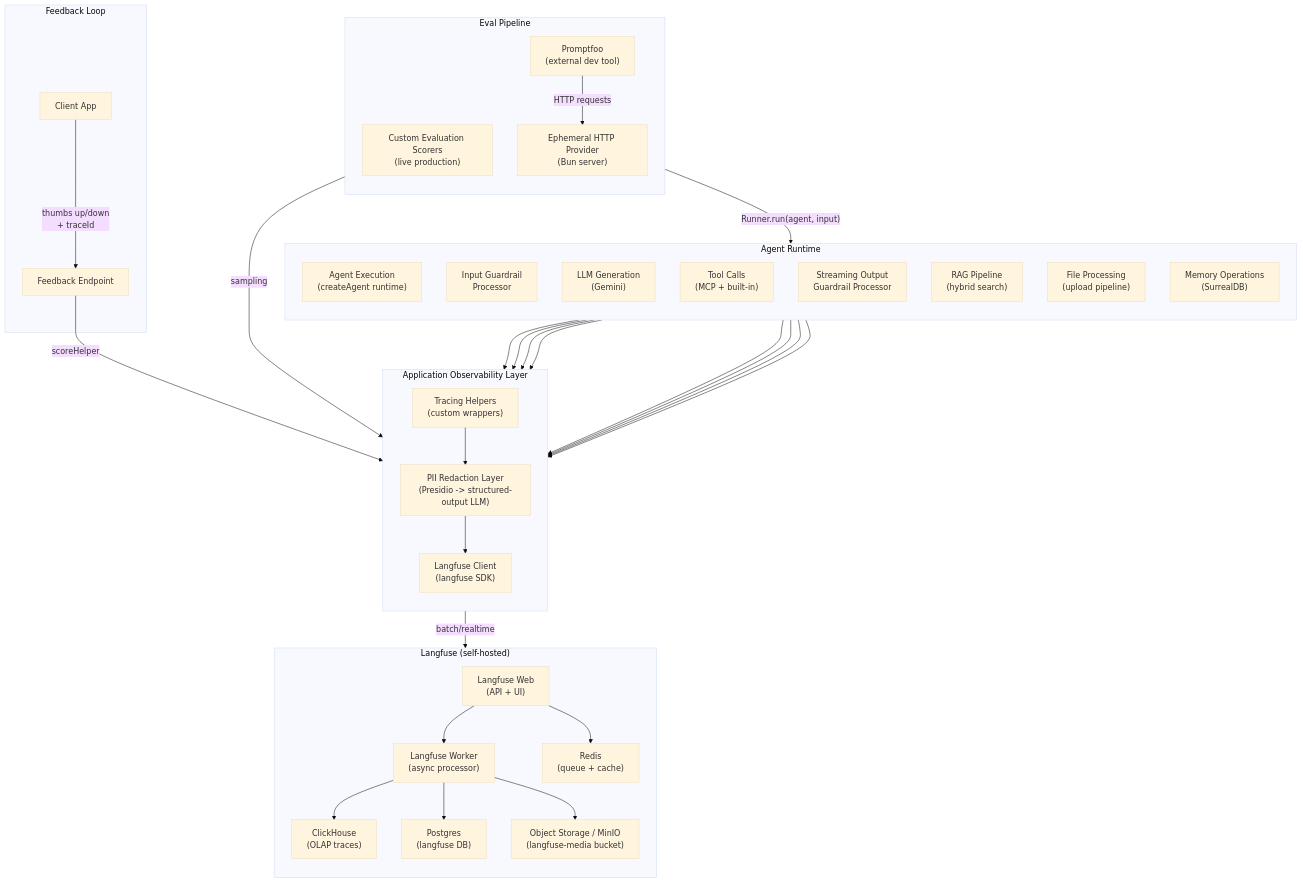
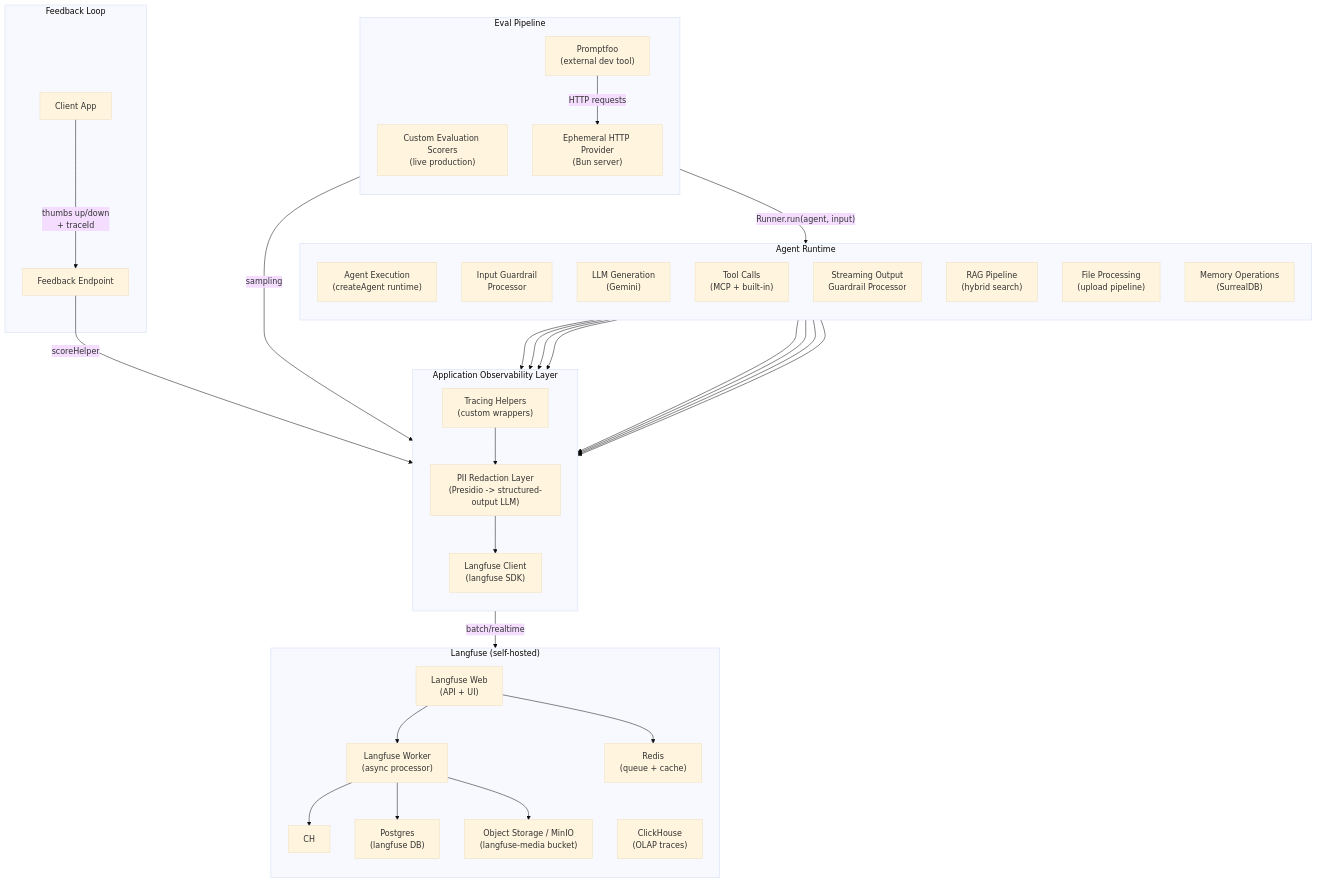
Before and after one commit to 1qh/safeagent: the first of 14 diagrams in plan/14-observability.md, drawn with Mermaid (base theme). The commit also changed other lines of this file and 5 other files, not shown here.

Commit message:
expand abbreviated Mermaid node IDs to semantic UPPER_SNAKE names across plan

````diff
--- a/plan/14-observability.md
+++ b/plan/14-observability.md
@@ -27,59 +27,59 @@
 ```mermaid
 graph TB
     subgraph RUNTIME["Agent Runtime"]
         direction TB
         AGENT["Agent Execution\n(createAgent runtime)"]
         GUARD_IN["Input Guardrail\nProcessor"]
         LLM["LLM Generation\n(Gemini)"]
         TOOLS["Tool Calls\n(MCP + built-in)"]
         GUARD_OUT["Streaming Output\nGuardrail Processor"]
         RAG["RAG Pipeline\n(hybrid search)"]
         FILES["File Processing\n(upload pipeline)"]
         MEM["Memory Operations\n(SurrealDB)"]
     end
     subgraph EXPORTER["Application Observability Layer"]
         direction TB
         OBS["Tracing Helpers\n(custom wrappers)"]
         PII["PII Redaction Layer\n(Presidio -> structured-output LLM)"]
         LF_EXP["Langfuse Client\n(langfuse SDK)"]
         OBS --> PII --> LF_EXP
     end
     subgraph LANGFUSE["Langfuse (self-hosted)"]
         direction TB
         LF_WEB["Langfuse Web\n(API + UI)"]
         LF_WORKER["Langfuse Worker\n(async processor)"]
-        CH["ClickHouse\n(OLAP traces)"]
+        CLICKHOUSE_OLAP["ClickHouse\n(OLAP traces)"]
         PG_LF["Postgres\n(langfuse DB)"]
         REDIS["Redis\n(queue + cache)"]
         OBJECT_STORE_LF["Object Storage / MinIO\n(langfuse-media bucket)"]
         LF_WEB --> LF_WORKER
         LF_WORKER --> CH
         LF_WORKER --> PG_LF
         LF_WEB --> REDIS
         LF_WORKER --> OBJECT_STORE_LF
     end
     subgraph FEEDBACK["Feedback Loop"]
         CLIENT["Client App"]
         FB_EP["Feedback Endpoint"]
         CLIENT -->|"thumbs up/down\n+ traceId"| FB_EP
     end
     subgraph EVAL["Eval Pipeline"]
         direction TB
         SCORERS["Custom Evaluation Scorers\n(live production)"]
         PF["Promptfoo\n(external dev tool)"]
         HTTP_PROVIDER["Ephemeral HTTP Provider\n(Bun server)"]
     end
     AGENT --> OBS
     GUARD_IN --> OBS
     LLM --> OBS
     TOOLS --> OBS
     GUARD_OUT --> OBS
     RAG --> OBS
     FILES --> OBS
     MEM --> OBS
     LF_EXP -->|"batch/realtime"| LF_WEB
     FB_EP -->|"scoreHelper"| LF_EXP
     SCORERS -->|"sampling"| LF_EXP
     PF -->|"HTTP requests"| HTTP_PROVIDER
     HTTP_PROVIDER -->|"Runner.run(agent, input)"| AGENT
 ```
````
